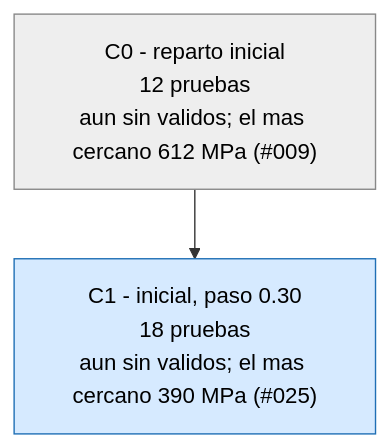
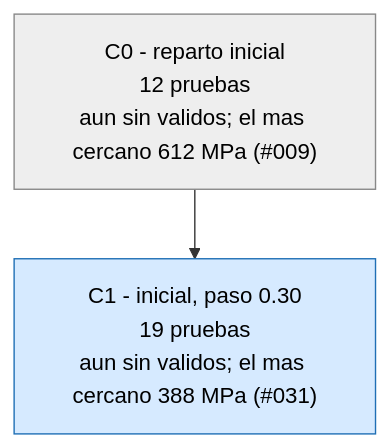
Before and after one commit to Hugiko/msd-soporte-optimizacion: the third of 3 diagrams in runs/opt_37800N/ARBOL.md, drawn with Mermaid. The commit also changed 21 other files, not shown here.

````diff
--- a/runs/opt_37800N/ARBOL.md
+++ b/runs/opt_37800N/ARBOL.md
@@ -33,9 +33,9 @@
 ```mermaid
 graph TD
 classDef activa fill:#d6eaff,stroke:#1f6fb5,color:#000
 classDef fin fill:#eeeeee,stroke:#888,color:#000
 classDef mejor fill:#c8f0c0,stroke:#1a9850,stroke-width:4px,color:#000
 C0["C0 - reparto inicial<br/>12 pruebas<br/>aun sin validos; el mas cercano 612 MPa (#009)"]:::fin
-C1["C1 - inicial, paso 0.30<br/>18 pruebas<br/>aun sin validos; el mas cercano 390 MPa (#025)"]:::activa
+C1["C1 - inicial, paso 0.30<br/>19 pruebas<br/>aun sin validos; el mas cercano 388 MPa (#031)"]:::activa
 C0 --> C1
 ```
````
